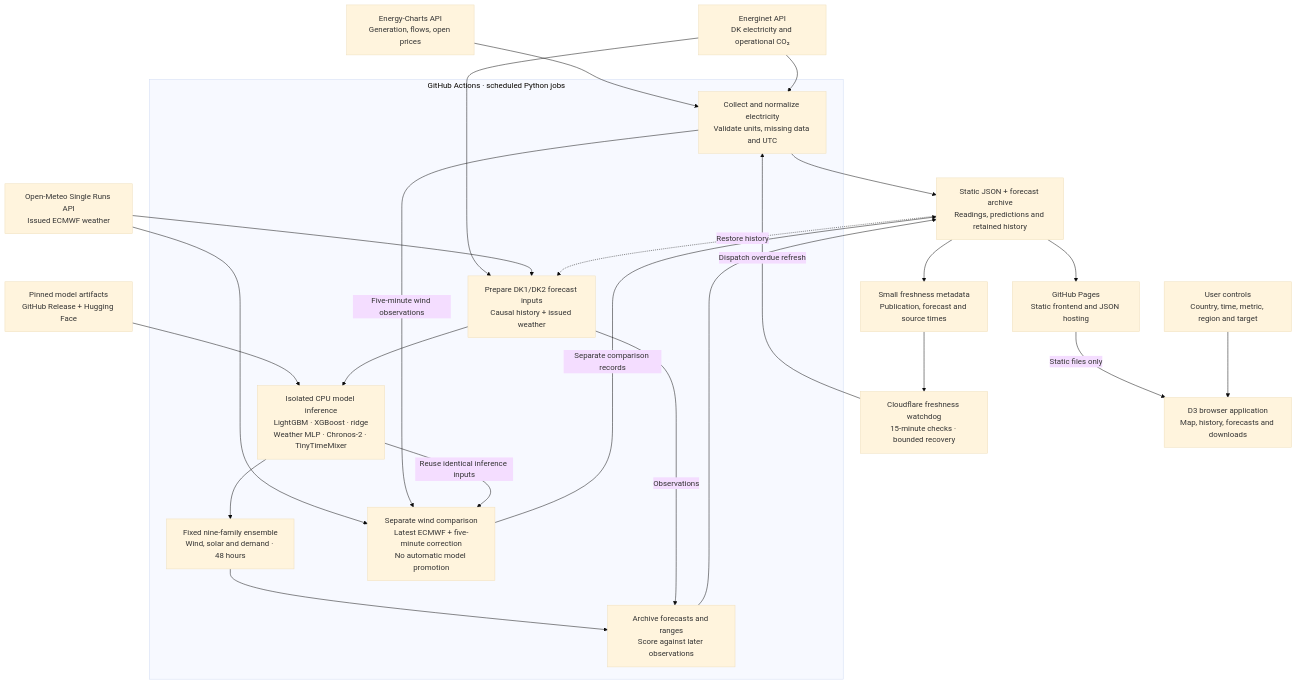
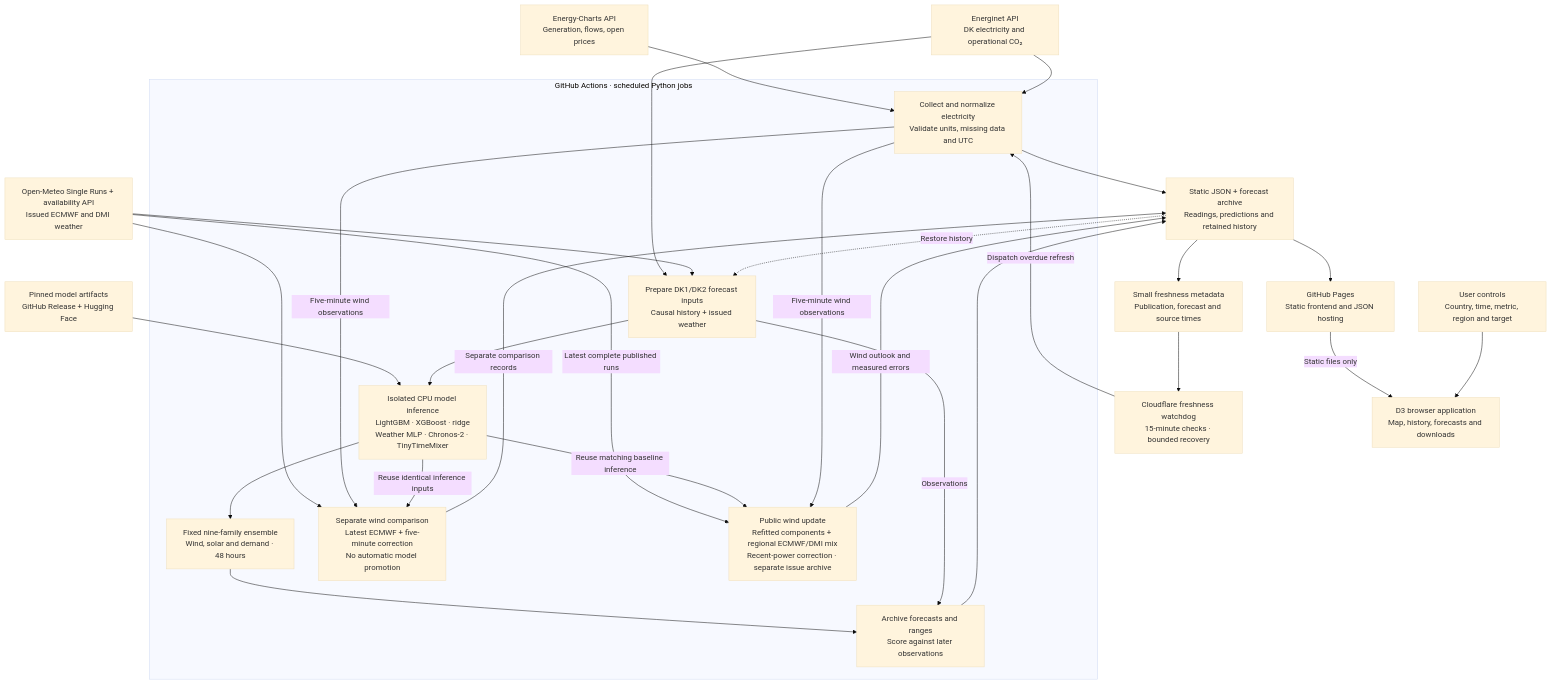
The diagram in README.md (HuayuanSong/open-current), drawn with Mermaid (base theme) before and after one commit. The commit also changed other lines of this file and 27 other files, not shown here.

Commit message:
Publish current-weather wind forecasts with regional DMI inputs

````diff
--- a/README.md
+++ b/README.md
@@ -48,46 +48,51 @@
 ```mermaid
 flowchart TB
     energy["Energy-Charts API<br/>Generation, flows, open prices"]
     energinet["Energinet API<br/>DK electricity and operational CO₂"]
-    weather["Open-Meteo Single Runs API<br/>Issued ECMWF weather"]
+    weather["Open-Meteo Single Runs + availability API<br/>Issued ECMWF and DMI weather"]
     weights["Pinned model artifacts<br/>GitHub Release + Hugging Face"]
     watchdog["Cloudflare freshness watchdog<br/>15-minute checks · bounded recovery"]
     health["Small freshness metadata<br/>Publication, forecast and source times"]
 
     subgraph actions["GitHub Actions · scheduled Python jobs"]
         collect["Collect and normalize electricity<br/>Validate units, missing data and UTC"]
         inputs["Prepare DK1/DK2 forecast inputs<br/>Causal history + issued weather"]
         models["Isolated CPU model inference<br/>LightGBM · XGBoost · ridge<br/>Weather MLP · Chronos-2 · TinyTimeMixer"]
         blend["Fixed nine-family ensemble<br/>Wind, solar and demand · 48 hours"]
         evaluate["Archive forecasts and ranges<br/>Score against later observations"]
         windtest["Separate wind comparison<br/>Latest ECMWF + five-minute correction<br/>No automatic model promotion"]
+        freshwind["Public wind update<br/>Refitted components + regional ECMWF/DMI mix<br/>Recent-power correction · separate issue archive"]
     end
 
     archive["Static JSON + forecast archive<br/>Readings, predictions and retained history"]
     pages["GitHub Pages<br/>Static frontend and JSON hosting"]
     browser["D3 browser application<br/>Map, history, forecasts and downloads"]
     user["User controls<br/>Country, time, metric, region and target"]
 
     energy --> collect
     energinet --> collect
     energinet --> inputs
     weather --> inputs
     weights --> models
     inputs --> models
     models --> blend
     blend --> evaluate
     inputs -->|Observations| evaluate
     collect --> archive
     evaluate --> archive
     weather --> windtest
     collect -->|Five-minute wind observations| windtest
     models -->|Reuse identical inference inputs| windtest
     windtest -->|Separate comparison records| archive
+    weather -->|Latest complete published runs| freshwind
+    models -->|Reuse matching baseline inference| freshwind
+    collect -->|Five-minute wind observations| freshwind
+    freshwind -->|Wind outlook and measured errors| archive
     archive -.->|Restore history| inputs
     archive --> pages
     pages -->|Static files only| browser
     user --> browser
     archive --> health
     health --> watchdog
     watchdog -->|Dispatch overdue refresh| collect
 ```
````
